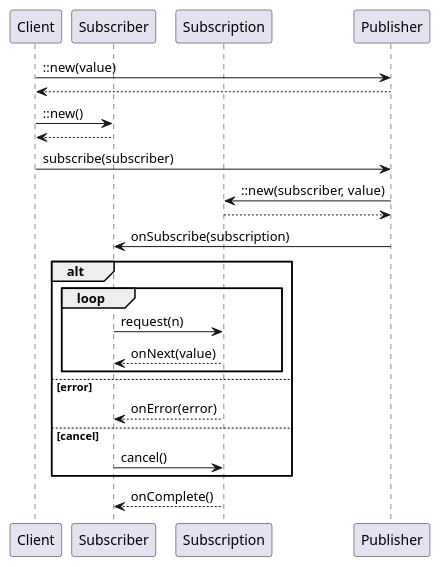
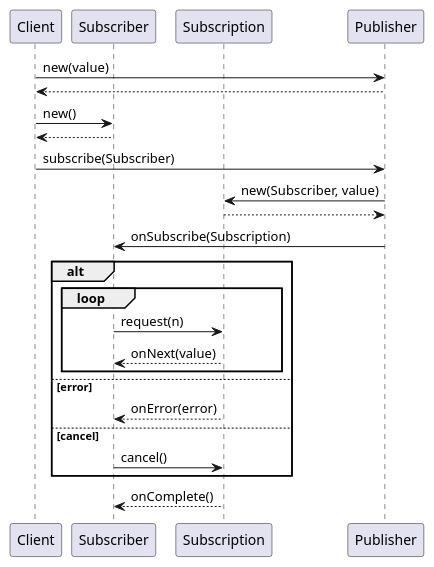
The diagram in _diary/2024-06-18.md (yanghoon/obsidian-workspace), drawn with PlantUML before and after one commit.

Commit message:
vault backup: 2024-06-19 00:27:41

````diff
--- a/_diary/2024-06-18.md
+++ b/_diary/2024-06-18.md
@@ -3,33 +3,33 @@
 ```plantuml
 @startuml
 
 participant Client as Client
 participant Subscriber as Sub
 participant Subscription as Subn
 participant Publisher as Pub
 
-Client -> Pub: ::new(value)
+Client -> Pub: new(value)
 Client <-- Pub
-Client -> Sub: ::new()
+Client -> Sub: new()
 Client <-- Sub
 
-Client -> Pub: subscribe(subscriber)
-Pub -> Subn: ::new(subscriber, value)
+Client -> Pub: subscribe(Subscriber)
+Pub -> Subn: new(Subscriber, value)
 Pub <-- Subn
-Pub -> Sub: onSubscribe(subscription)
+Pub -> Sub: onSubscribe(Subscription)
 
 alt
   group loop
     Sub -> Subn: request(n)
     Sub <-- Subn: onNext(value)
   end
 else error
   Sub <-- Subn: onError(error)
 else cancel
   Sub -> Subn: cancel()
 end
 
 Sub <-- Subn: onComplete()
 
 @enduml
 ```
````
